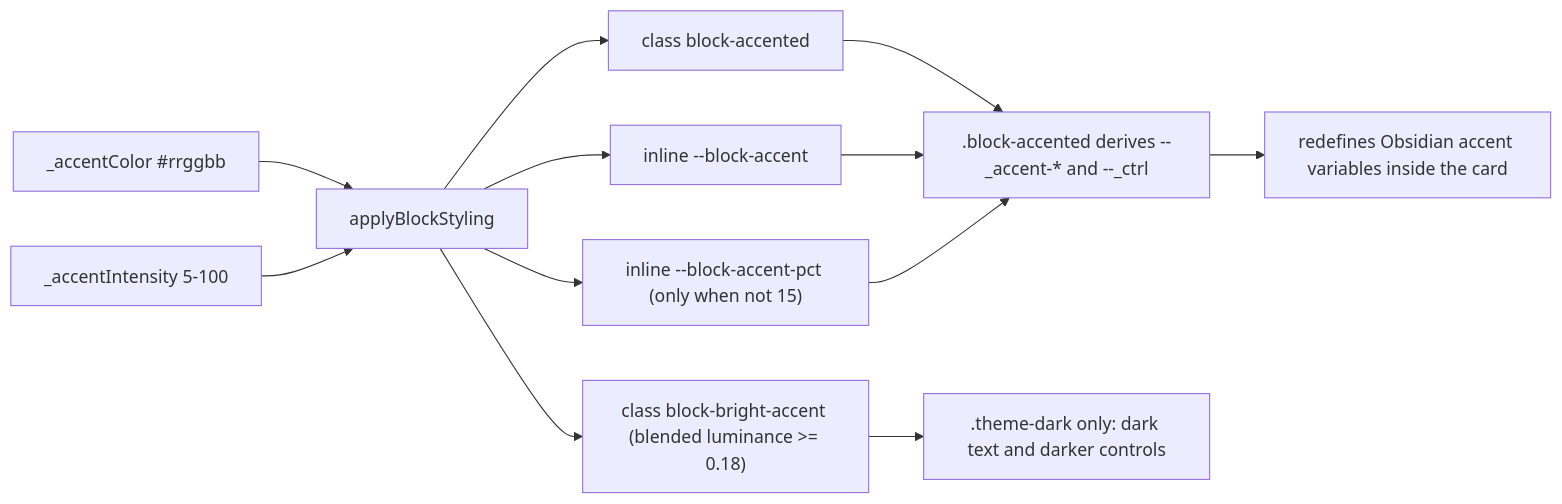
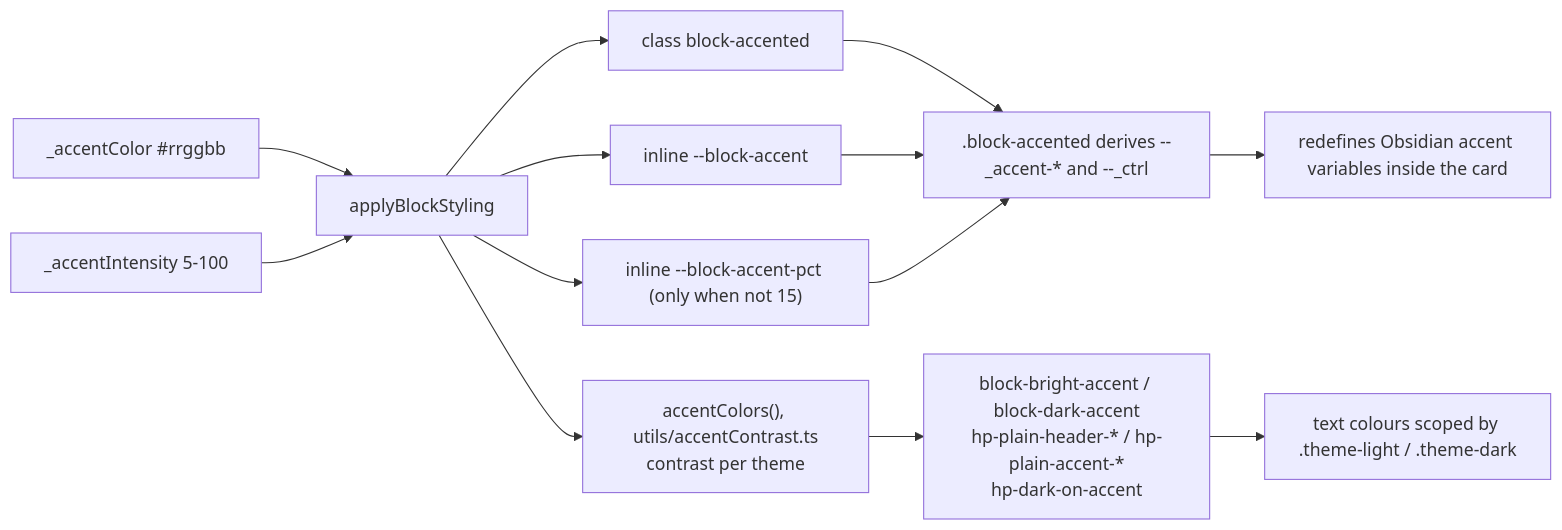
Before and after one commit to acaprino/obsidian-plugin-homepage: the second of 2 diagrams in docs/styling.md, drawn with Mermaid. The commit also changed other lines of this file and 11 other files, not shown here.

````diff
--- a/docs/styling.md
+++ b/docs/styling.md
@@ -200,12 +210,13 @@
 ```mermaid
 flowchart LR
   AC["_accentColor #rrggbb"] --> F["applyBlockStyling"]
   AI["_accentIntensity 5-100"] --> F
   F --> C1["class block-accented"]
   F --> V1["inline --block-accent"]
   F --> V2["inline --block-accent-pct (only when not 15)"]
-  F --> C2["class block-bright-accent (blended luminance >= 0.18)"]
+  F --> AC2["accentColors(), utils/accentContrast.ts<br/>contrast per theme"]
+  AC2 --> C2["block-bright-accent / block-dark-accent<br/>hp-plain-header-* / hp-plain-accent-*<br/>hp-dark-on-accent"]
   C1 & V1 & V2 --> D[".block-accented derives --_accent-* and --_ctrl"]
   D --> O["redefines Obsidian accent variables inside the card"]
-  C2 --> K[".theme-dark only: dark text and darker controls"]
+  C2 --> K["text colours scoped by .theme-light / .theme-dark"]
 ```
````
